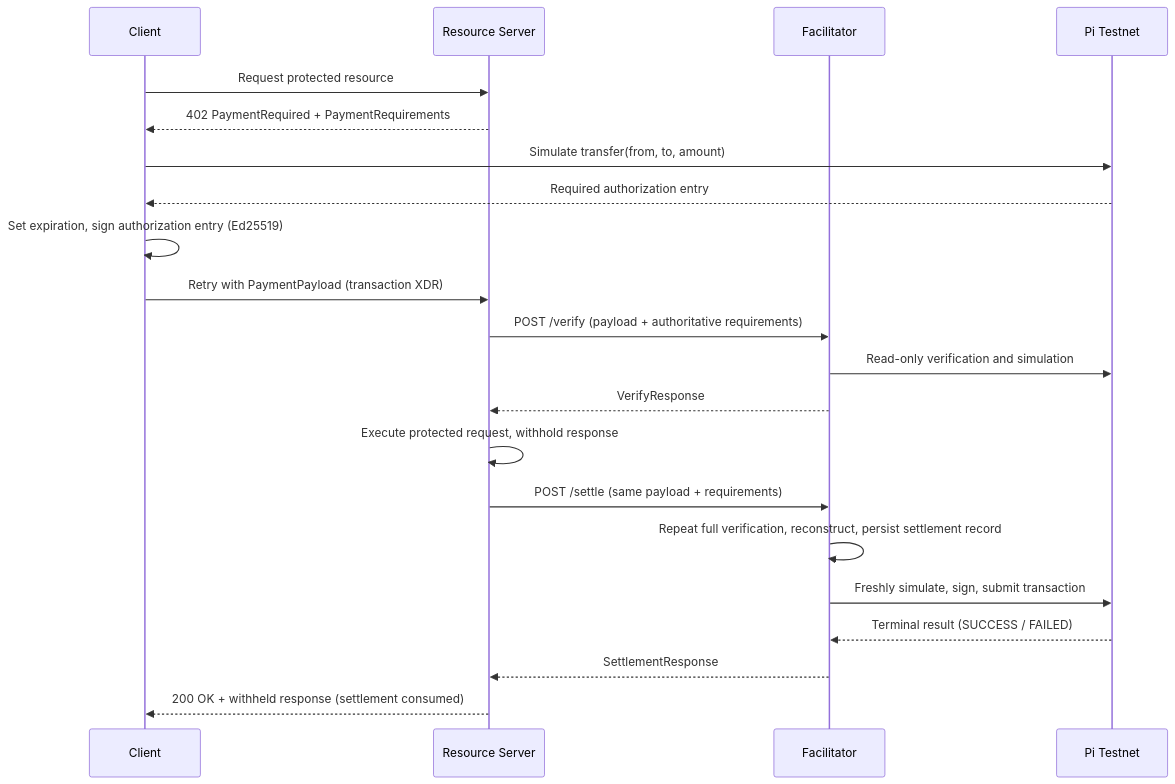
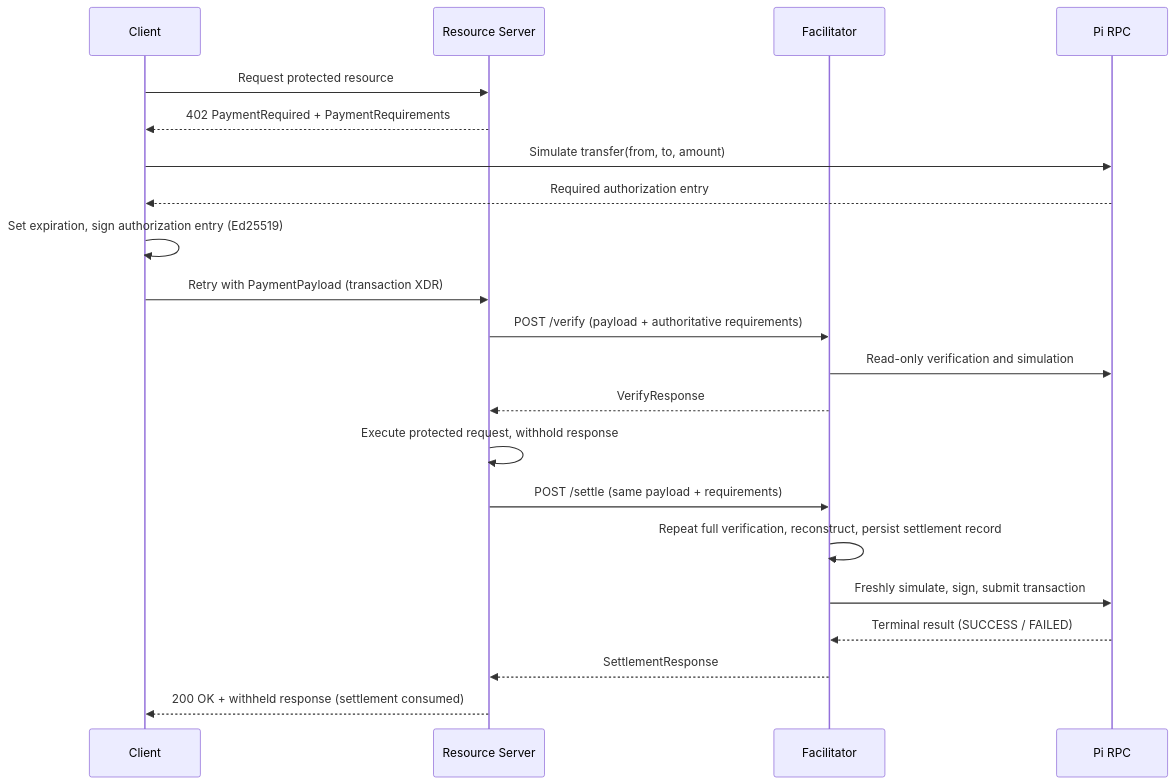
The diagram in specs/schemes/exact/scheme_exact_pinet.md (hklee93/x402), drawn with Mermaid before and after one commit. The commit also changed other lines of this file, not shown here.

````diff
--- a/specs/schemes/exact/scheme_exact_pinet.md
+++ b/specs/schemes/exact/scheme_exact_pinet.md
@@ -56,24 +58,24 @@
 ```mermaid
 sequenceDiagram
     participant C as Client
     participant R as Resource Server
     participant F as Facilitator
-    participant P as Pi Testnet
+    participant P as Pi RPC
 
     C->>R: Request protected resource
     R-->>C: 402 PaymentRequired + PaymentRequirements
     C->>P: Simulate transfer(from, to, amount)
     P-->>C: Required authorization entry
     C->>C: Set expiration, sign authorization entry (Ed25519)
     C->>R: Retry with PaymentPayload (transaction XDR)
     R->>F: POST /verify (payload + authoritative requirements)
     F->>P: Read-only verification and simulation
     F-->>R: VerifyResponse
     R->>R: Execute protected request, withhold response
     R->>F: POST /settle (same payload + requirements)
     F->>F: Repeat full verification, reconstruct, persist settlement record
     F->>P: Freshly simulate, sign, submit transaction
     P-->>F: Terminal result (SUCCESS / FAILED)
     F-->>R: SettlementResponse
     R-->>C: 200 OK + withheld response (settlement consumed)
 ```
````
